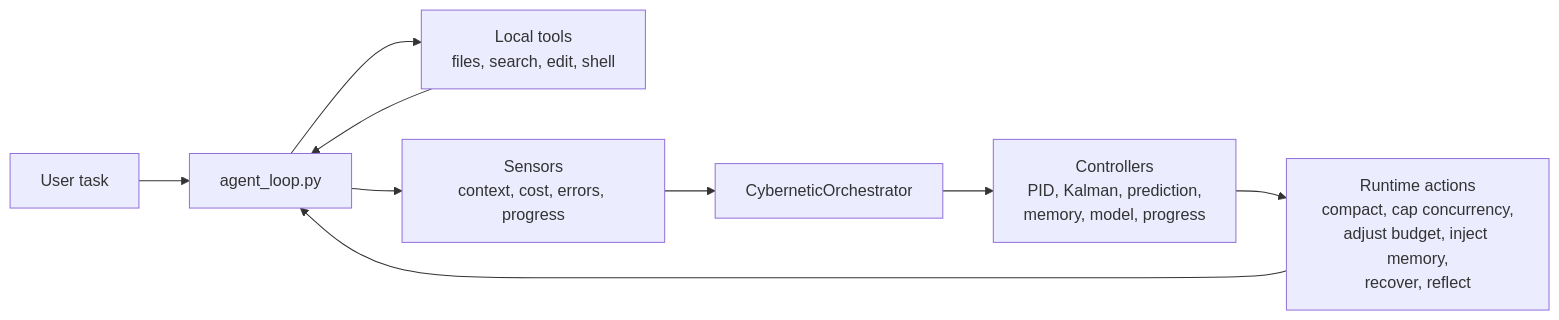
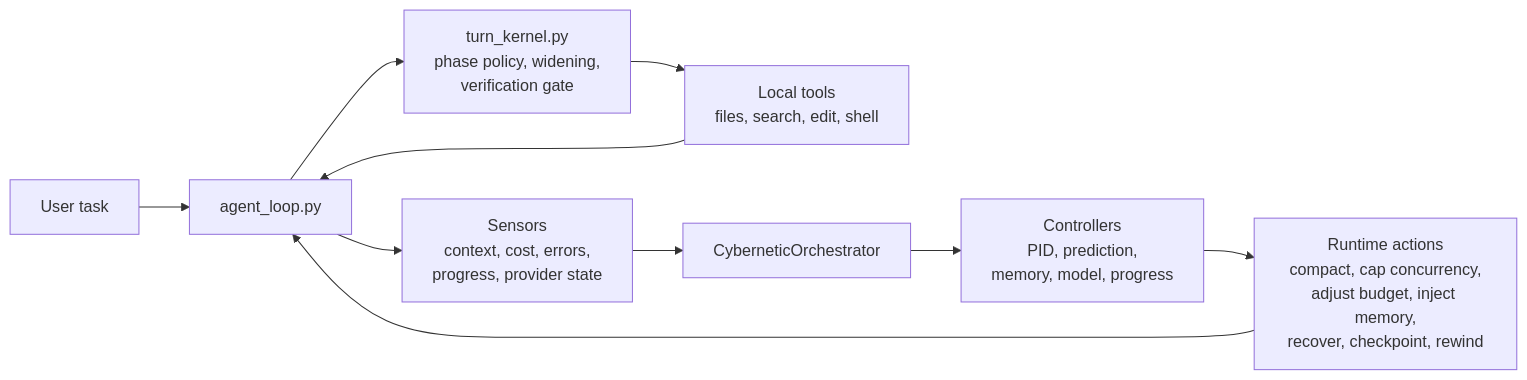
Before and after one commit to Rrrrrr676/MiniCode-Python: the diagram in README.md, drawn with Mermaid. The commit also changed other lines of this file, not shown here.

````diff
--- a/README.md
+++ b/README.md
@@ -58,12 +60,13 @@
 ```mermaid
 flowchart LR
     User["User task"] --> Loop["agent_loop.py"]
-    Loop --> Tools["Local tools<br/>files, search, edit, shell"]
+    Loop --> Kernel["turn_kernel.py<br/>phase policy, widening,<br/>verification gate"]
+    Kernel --> Tools["Local tools<br/>files, search, edit, shell"]
     Tools --> Loop
 
-    Loop --> Sensors["Sensors<br/>context, cost, errors, progress"]
+    Loop --> Sensors["Sensors<br/>context, cost, errors,<br/>progress, provider state"]
     Sensors --> Orchestrator["CyberneticOrchestrator"]
-    Orchestrator --> Control["Controllers<br/>PID, Kalman, prediction,<br/>memory, model, progress"]
-    Control --> Actions["Runtime actions<br/>compact, cap concurrency,<br/>adjust budget, inject memory,<br/>recover, reflect"]
+    Orchestrator --> Control["Controllers<br/>PID, prediction,<br/>memory, model, progress"]
+    Control --> Actions["Runtime actions<br/>compact, cap concurrency,<br/>adjust budget, inject memory,<br/>recover, checkpoint, rewind"]
     Actions --> Loop
 ```
````
